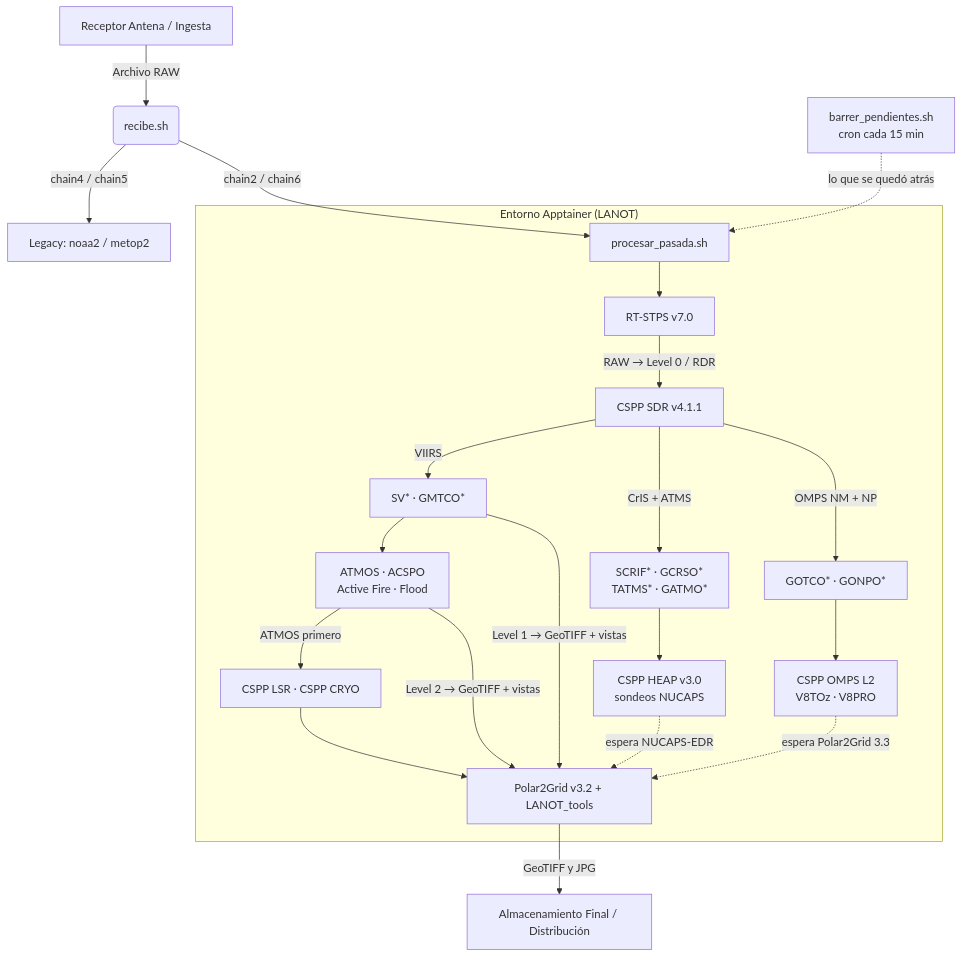
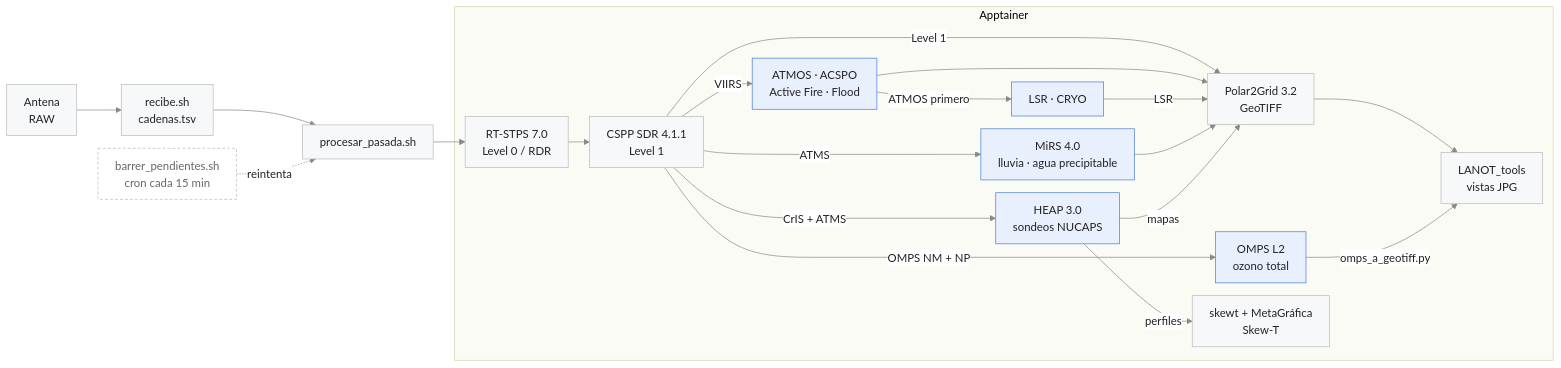
One commit to LANOT-UNAM/LANOT_procesamiento_polar changed the diagram in README.md. Above: the diagram before and after it, drawn with Mermaid. The commit also changed other lines of this file, not shown here.

Commit message:
README: el diagrama de la cadena, al estilo del seminario y al día
Horizontal, con la paleta del seminario ICAyCC 2026 y las ramas de Level 2
resaltadas. Entra MiRS, HEAP deja de ser rama punteada (se arregló el
2026-08-29), el ozono va por omps_a_geotiff.py, los Skew-T por skewt +
MetaGráfica, y sale el enrutamiento legacy chain4/chain5, que ya no es el
esquema de cadenas.tsv. El párrafo de las flechas punteadas se reescribe con
las excepciones al renderizado por Polar2Grid.

````diff
--- a/README.md
+++ b/README.md
@@ -31,29 +31,31 @@
 ```mermaid
-graph TD
-    A[Receptor Antena / Ingesta] -->|Archivo RAW| B(recibe.sh)
-    B -->|chain4 / chain5| C[Legacy: noaa2 / metop2]
-    B -->|chain2 / chain6| D[procesar_pasada.sh]
-    Z[barrer_pendientes.sh<br/>cron cada 15 min] -.->|lo que se quedó atrás| D
+%%{init: {"theme": "base", "flowchart": {"curve": "basis", "nodeSpacing": 18, "rankSpacing": 30, "padding": 12}, "themeVariables": {"primaryColor": "#f6f8fa", "primaryBorderColor": "#bbbbbb", "primaryTextColor": "#222222", "lineColor": "#888888", "clusterBkg": "#fbfbf6", "clusterBorder": "#d8d4b0", "edgeLabelBackground": "#ffffff"}}}%%
+flowchart LR
+    A["Antena<br/>RAW"] --> R["recibe.sh<br/>cadenas.tsv"]
+    R --> D["procesar_pasada.sh"]
+    Z["barrer_pendientes.sh<br/>cron cada 15 min"] -.->|reintenta| D
 
-    subgraph "Entorno Apptainer (LANOT)"
-    D --> E[RT-STPS v7.0]
-    E -->|RAW → Level 0 / RDR| F[CSPP SDR v4.1.1]
-
-    F -->|VIIRS| V[SV* · GMTCO*]
-    F -->|CrIS + ATMS| S[SCRIF* · GCRSO*<br/>TATMS* · GATMO*]
-    F -->|OMPS NM + NP| Q[GOTCO* · GONPO*]
-
-    V --> G[ATMOS · ACSPO<br/>Active Fire · Flood]
-    G -->|ATMOS primero| L[CSPP LSR · CSPP CRYO]
-    S --> N[CSPP HEAP v3.0<br/>sondeos NUCAPS]
-    Q --> O[CSPP OMPS L2<br/>V8TOz · V8PRO]
-
-    V -->|Level 1 → GeoTIFF + vistas| H[Polar2Grid v3.2 + LANOT_tools]
-    G -->|Level 2 → GeoTIFF + vistas| H
-    L --> H
-    N -.->|espera NUCAPS-EDR| H
-    O -.->|espera Polar2Grid 3.3| H
+    subgraph AP["Apptainer"]
+        B["RT-STPS 7.0<br/>Level 0 / RDR"] --> C["CSPP SDR 4.1.1<br/>Level 1"]
+        C -->|VIIRS| V["ATMOS · ACSPO<br/>Active Fire · Flood"]
+        V -->|ATMOS primero| L["LSR · CRYO"]
+        C -->|ATMS| MI["MiRS 4.0<br/>lluvia · agua precipitable"]
+        C -->|CrIS + ATMS| N["HEAP 3.0<br/>sondeos NUCAPS"]
+        C -->|OMPS NM + NP| O["OMPS L2<br/>ozono total"]
+        C -->|Level 1| P["Polar2Grid 3.2<br/>GeoTIFF"]
+        V --> P
+        L -->|LSR| P
+        MI --> P
+        N -->|mapas| P
+        N -->|perfiles| K["skewt + MetaGráfica<br/>Skew-T"]
+        P --> M["LANOT_tools<br/>vistas JPG"]
+        O -->|omps_a_geotiff.py| M
     end
 
-    H -->|GeoTIFF y JPG| I[Almacenamiento Final / Distribución]
+    D --> B
+
+    classDef l2 fill:#e8f0fe,stroke:#4a7fd4
+    classDef aux fill:#ffffff,stroke:#bbbbbb,stroke-dasharray:4 3,color:#666666
+    class V,L,MI,N,O l2
+    class Z aux
 ```
````
